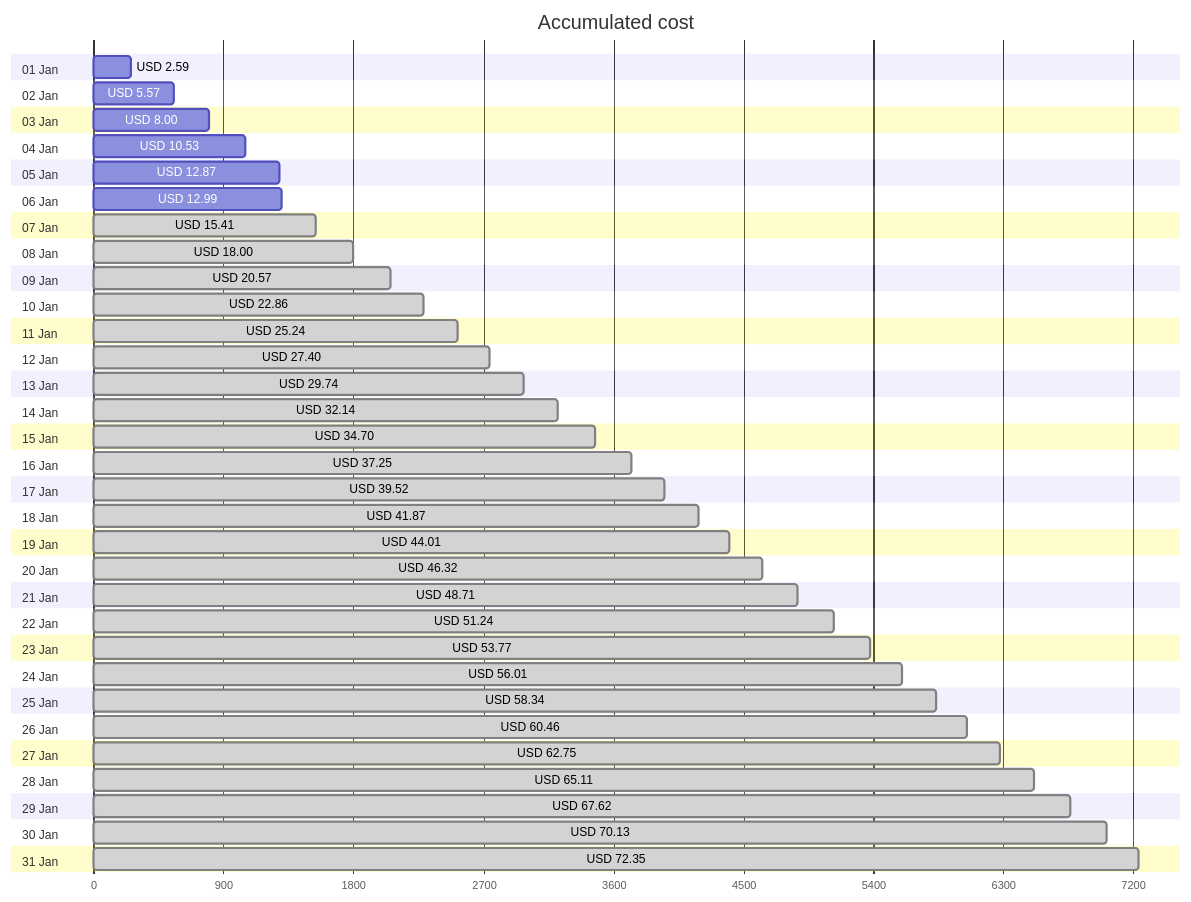
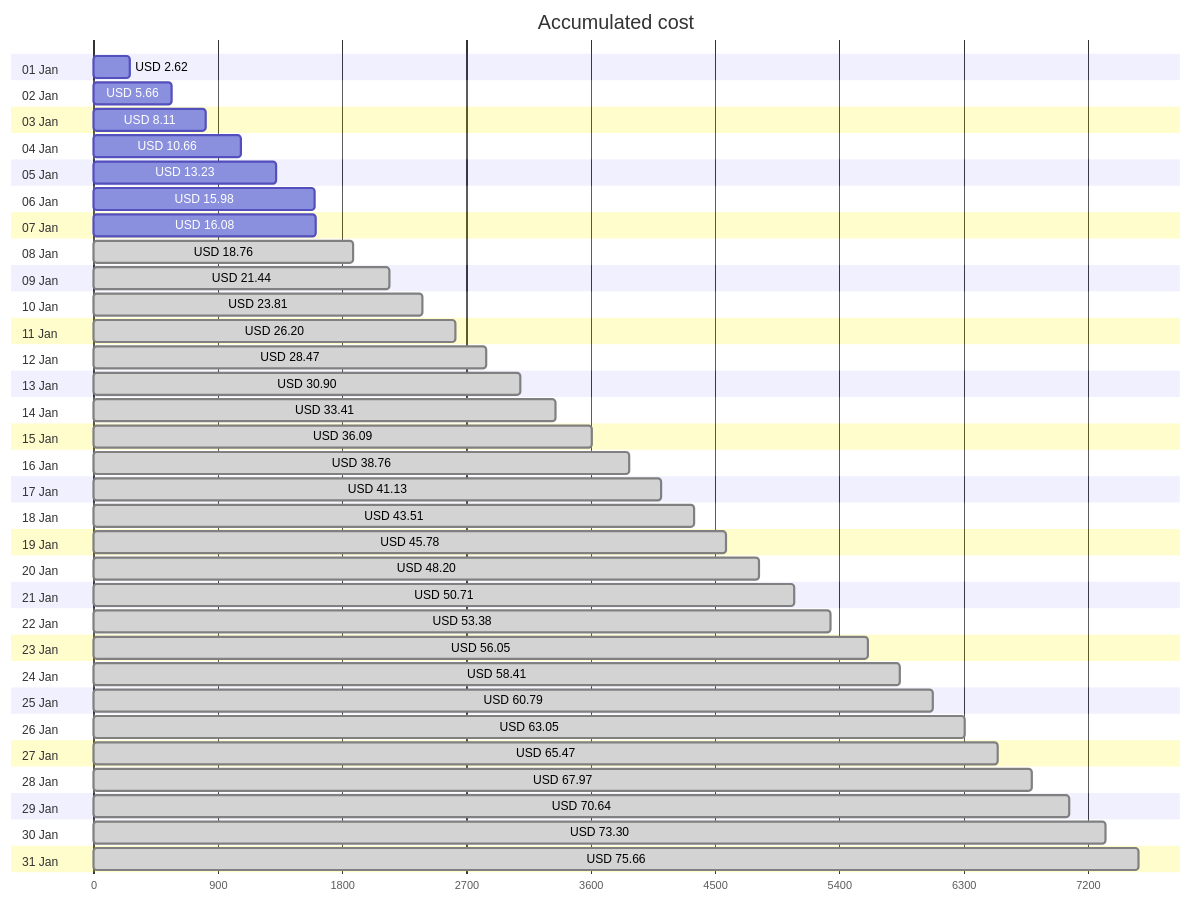
The first of 4 diagrams in cost-reports/accumulated-cost.md (jpfulton/azure-personal-reports), drawn with Mermaid before and after one commit. The commit also changed other lines of this file and 4 other files, not shown here.

````diff
--- a/cost-reports/accumulated-cost.md
+++ b/cost-reports/accumulated-cost.md
@@ -20,68 +20,68 @@
 ```mermaid
 gantt
    title Accumulated cost
    dateFormat  X
    axisFormat %s
    section 01 Jan
-   USD 2.59 :0, 259
+   USD 2.62 :0, 262
    section 02 Jan
-   USD 5.57 :0, 557
+   USD 5.66 :0, 566
    section 03 Jan
-   USD 8.00 :0, 800
+   USD 8.11 :0, 811
    section 04 Jan
-   USD 10.53 :0, 1053
+   USD 10.66 :0, 1066
    section 05 Jan
-   USD 12.87 :0, 1287
+   USD 13.23 :0, 1323
    section 06 Jan
-   USD 12.99 :0, 1299
+   USD 15.98 :0, 1598
    section 07 Jan
-   USD 15.41 : done, 0, 1541
+   USD 16.08 :0, 1608
    section 08 Jan
-   USD 18.00 : done, 0, 1800
+   USD 18.76 : done, 0, 1876
    section 09 Jan
-   USD 20.57 : done, 0, 2057
+   USD 21.44 : done, 0, 2144
    section 10 Jan
-   USD 22.86 : done, 0, 2286
+   USD 23.81 : done, 0, 2381
    section 11 Jan
-   USD 25.24 : done, 0, 2524
+   USD 26.20 : done, 0, 2620
    section 12 Jan
-   USD 27.40 : done, 0, 2740
+   USD 28.47 : done, 0, 2847
    section 13 Jan
-   USD 29.74 : done, 0, 2974
+   USD 30.90 : done, 0, 3090
    section 14 Jan
-   USD 32.14 : done, 0, 3214
+   USD 33.41 : done, 0, 3341
    section 15 Jan
-   USD 34.70 : done, 0, 3470
+   USD 36.09 : done, 0, 3609
    section 16 Jan
-   USD 37.25 : done, 0, 3725
+   USD 38.76 : done, 0, 3876
    section 17 Jan
-   USD 39.52 : done, 0, 3952
+   USD 41.13 : done, 0, 4113
    section 18 Jan
-   USD 41.87 : done, 0, 4187
+   USD 43.51 : done, 0, 4351
    section 19 Jan
-   USD 44.01 : done, 0, 4401
+   USD 45.78 : done, 0, 4578
    section 20 Jan
-   USD 46.32 : done, 0, 4632
+   USD 48.20 : done, 0, 4820
    section 21 Jan
-   USD 48.71 : done, 0, 4871
+   USD 50.71 : done, 0, 5071
    section 22 Jan
-   USD 51.24 : done, 0, 5124
+   USD 53.38 : done, 0, 5338
    section 23 Jan
-   USD 53.77 : done, 0, 5377
+   USD 56.05 : done, 0, 5605
    section 24 Jan
-   USD 56.01 : done, 0, 5601
+   USD 58.41 : done, 0, 5841
    section 25 Jan
-   USD 58.34 : done, 0, 5834
+   USD 60.79 : done, 0, 6079
    section 26 Jan
-   USD 60.46 : done, 0, 6046
+   USD 63.05 : done, 0, 6305
    section 27 Jan
-   USD 62.75 : done, 0, 6275
+   USD 65.47 : done, 0, 6547
    section 28 Jan
-   USD 65.11 : done, 0, 6511
+   USD 67.97 : done, 0, 6797
    section 29 Jan
-   USD 67.62 : done, 0, 6762
+   USD 70.64 : done, 0, 7064
    section 30 Jan
-   USD 70.13 : done, 0, 7013
+   USD 73.30 : done, 0, 7330
    section 31 Jan
-   USD 72.35 : done, 0, 7235
+   USD 75.66 : done, 0, 7566
 ```
````
